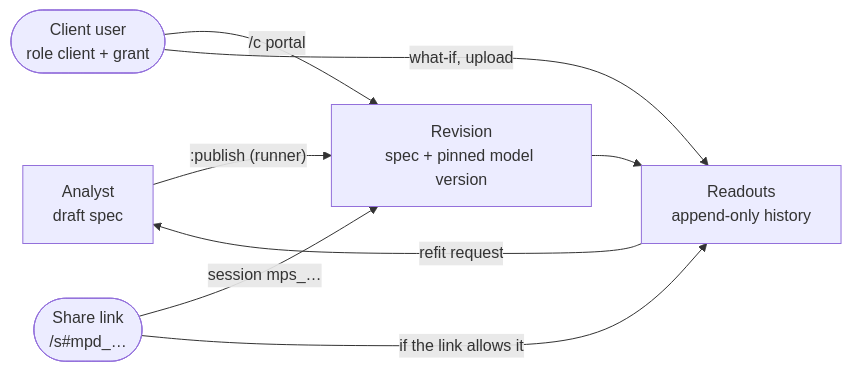
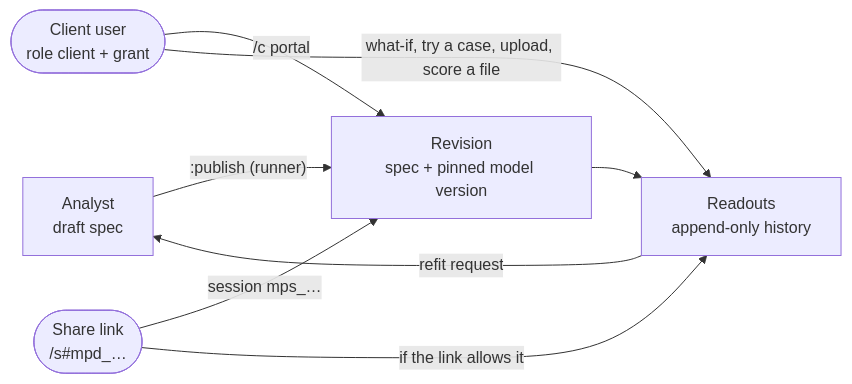
Before and after one commit to redam94/modeling-api: the diagram in docs/concepts/client-dashboards.md, drawn with Mermaid. The commit also changed other lines of this file and 6 other files, not shown here.

````diff
--- a/docs/concepts/client-dashboards.md
+++ b/docs/concepts/client-dashboards.md
@@ -19,10 +23,10 @@
 ```mermaid
 flowchart LR
     A["Analyst<br/>draft spec"] -->|":publish (runner)"| R["Revision<br/>spec + pinned model version"]
     R --> RO["Readouts<br/>append-only history"]
     C(["Client user<br/>role client + grant"]) -->|"/c portal"| R
     S(["Share link<br/>/s#mpd_…"]) -->|"session mps_…"| R
-    C -->|"what-if, upload"| RO
+    C -->|"what-if, try a case, upload, score a file"| RO
     S -->|"if the link allows it"| RO
     RO -->|"refit request"| A
 ```
````
